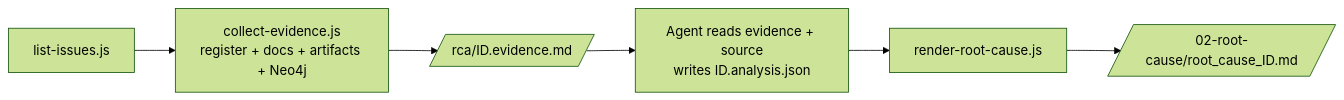
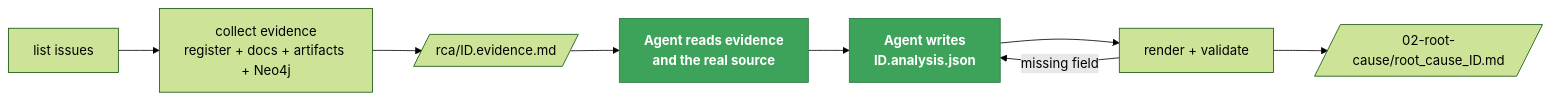
Before and after one commit to KrishnaAnnavaram/MARS: diagram 15 of 31 in README.md, drawn with Mermaid (forest theme). The commit also changed other lines of this file, not shown here.

First line of the commit message:
Rewrite the README as a full agent-and-skill handbook

````diff
--- a/README.md
+++ b/README.md
@@ -408,8 +791,13 @@
 ```mermaid
 flowchart LR
-    L["list-issues.js"] --> C["collect-evidence.js<br/>register + docs + artifacts + Neo4j"]
+    L["list issues"] --> C["collect evidence<br/>register + docs + artifacts + Neo4j"]
     C --> E[/"rca/ID.evidence.md"/]
-    E --> A["Agent reads evidence + source<br/>writes ID.analysis.json"]
-    A --> R["render-root-cause.js"]
+    E --> RD["Agent reads evidence<br/>and the real source"]
+    RD --> A["Agent writes<br/>ID.analysis.json"]
+    A --> R["render + validate"]
     R --> O[/"02-root-cause/root_cause_ID.md"/]
+    R -->|"missing field"| A
+
+    classDef agent fill:#3DA35B,stroke:#26773f,color:#fff,font-weight:bold
+    class RD,A agent
 ```
````
